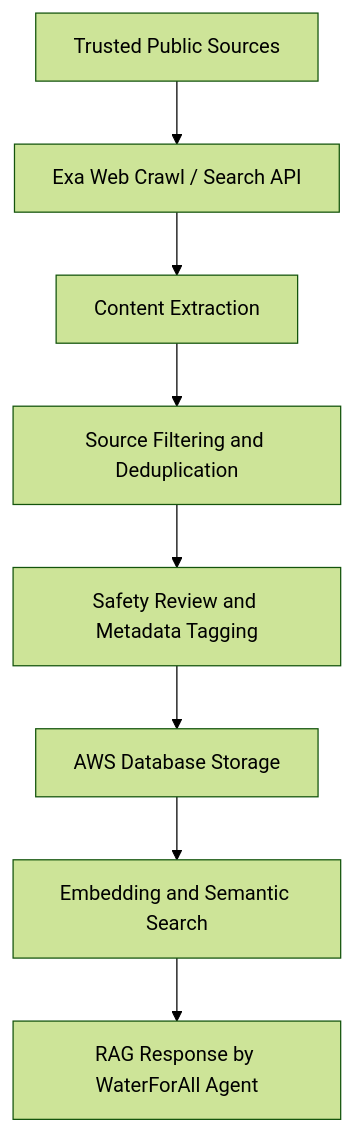
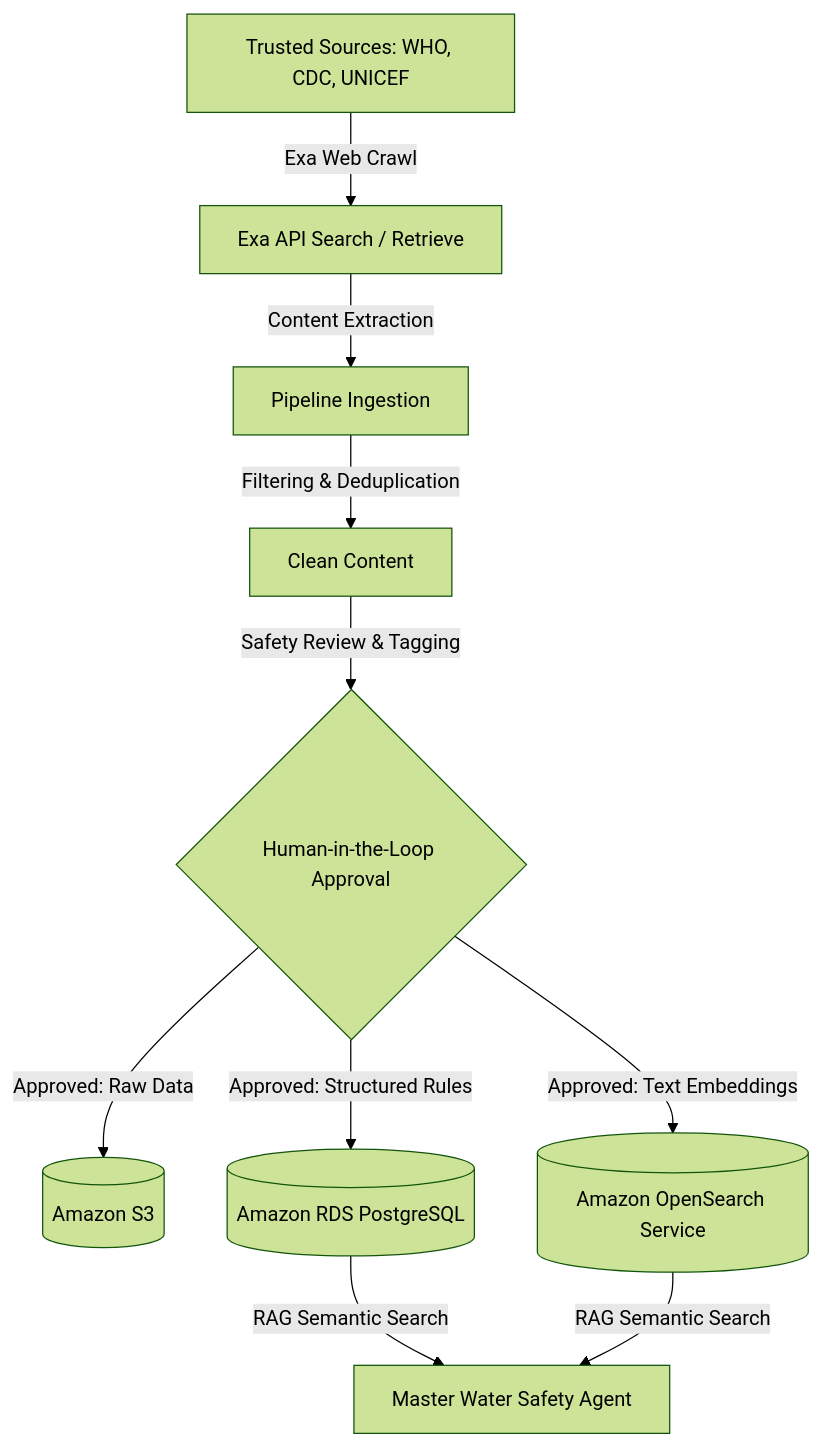
The first of 4 diagrams in README.md (darrendariustan/soar-water-quality-copilot), drawn with Mermaid (forest theme) before and after one commit. The commit also changed other lines of this file, not shown here.

````diff
--- a/README.md
+++ b/README.md
@@ -104,10 +108,14 @@
 ```mermaid
 graph TD
-    A[Trusted Public Sources] --> B[Exa Web Crawl / Search API]
-    B --> C[Content Extraction]
-    C --> D[Source Filtering and Deduplication]
-    D --> E[Safety Review and Metadata Tagging]
-    E --> F[AWS Database Storage]
-    F --> G[Embedding and Semantic Search]
-    G --> H[RAG Response by WaterForAll Agent]
+    A[Trusted Sources: WHO, CDC, UNICEF] -->|Exa Web Crawl| B[Exa API Search / Retrieve]
+    B -->|Content Extraction| C[Pipeline Ingestion]
+    C -->|Filtering & Deduplication| D[Clean Content]
+    D -->|Safety Review & Tagging| E{Human-in-the-Loop Approval}
+    
+    E -->|Approved: Raw Data| S3[(Amazon S3)]
+    E -->|Approved: Structured Rules| RDS[(Amazon RDS PostgreSQL)]
+    E -->|Approved: Text Embeddings| OS[(Amazon OpenSearch Service)]
+    
+    RDS -->|RAG Semantic Search| Agent[Master Water Safety Agent]
+    OS -->|RAG Semantic Search| Agent
 ```
````
